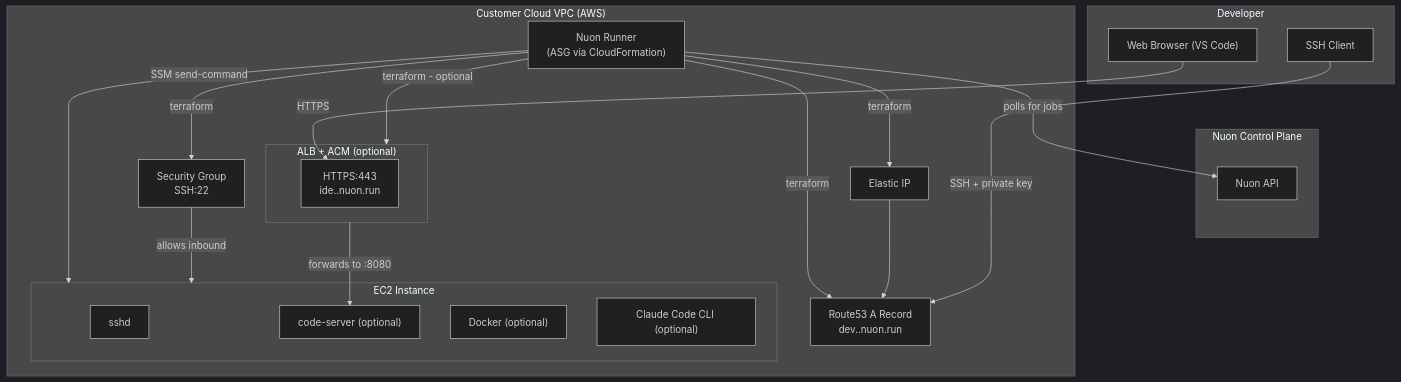
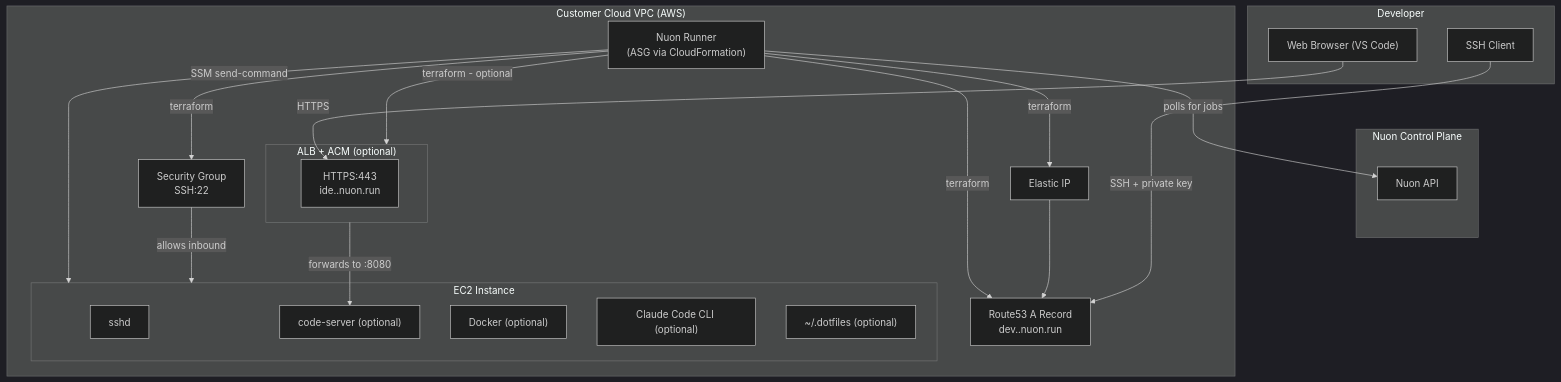
One commit to nuonco/example-app-configs changed the diagram in cde/README.md. Above: the diagram before and after it, drawn with Mermaid (dark theme). The commit also changed other lines of this file and 4 other files, not shown here.

````diff
--- a/cde/README.md
+++ b/cde/README.md
@@ -17,44 +17,45 @@
 ```mermaid
 graph TD
     subgraph Nuon["Nuon Control Plane"]
         NuonAPI["Nuon API"]
     end
 
     subgraph Developer["Developer"]
         SSHClient["SSH Client"]
         Browser["Web Browser (VS Code)"]
     end
 
     subgraph VPC["Customer Cloud VPC (AWS)"]
         Runner["Nuon Runner\n(ASG via CloudFormation)"]
 
         subgraph EC2["EC2 Instance"]
             SSHD["sshd"]
             CodeServer["code-server (optional)"]
             Docker["Docker (optional)"]
             ClaudeCode["Claude Code CLI (optional)"]
+            Dotfiles["~/.dotfiles (optional)"]
         end
 
         EIP["Elastic IP"]
         DNS["Route53 A Record\ndev.<install-id>.nuon.run"]
         SG["Security Group\nSSH:22"]
 
         subgraph ALB["ALB + ACM (optional)"]
             HTTPS["HTTPS:443\nide.<install-id>.nuon.run"]
         end
     end
 
     Runner -->|polls for jobs| NuonAPI
     Runner -->|SSM send-command| EC2
     Runner -->|terraform| EIP
     Runner -->|terraform| DNS
     Runner -->|terraform| SG
     Runner -->|terraform - optional| ALB
 
     EIP --> DNS
     SG -->|allows inbound| EC2
     ALB -->|forwards to :8080| CodeServer
 
     SSHClient -->|SSH + private key| DNS
     Browser -->|HTTPS| HTTPS
 ```
````
